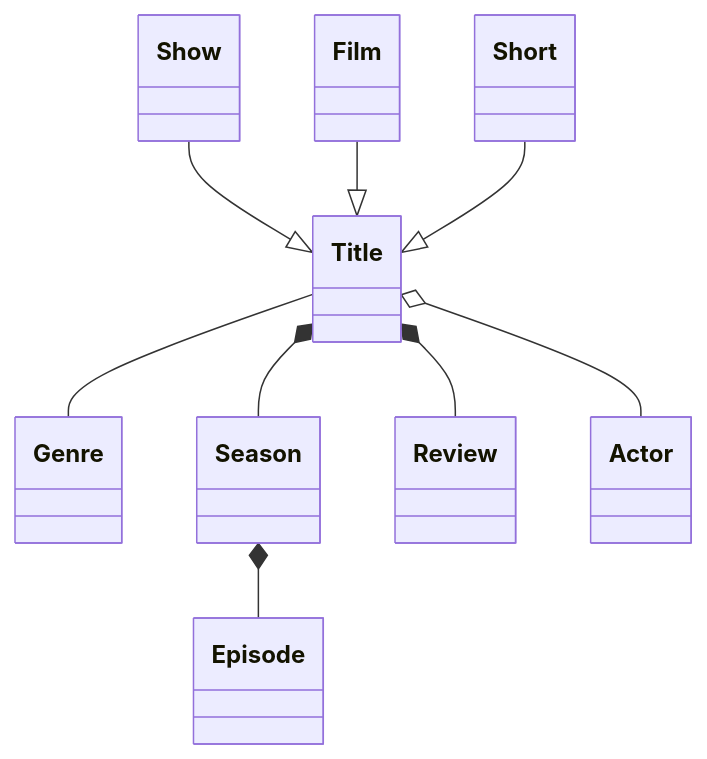
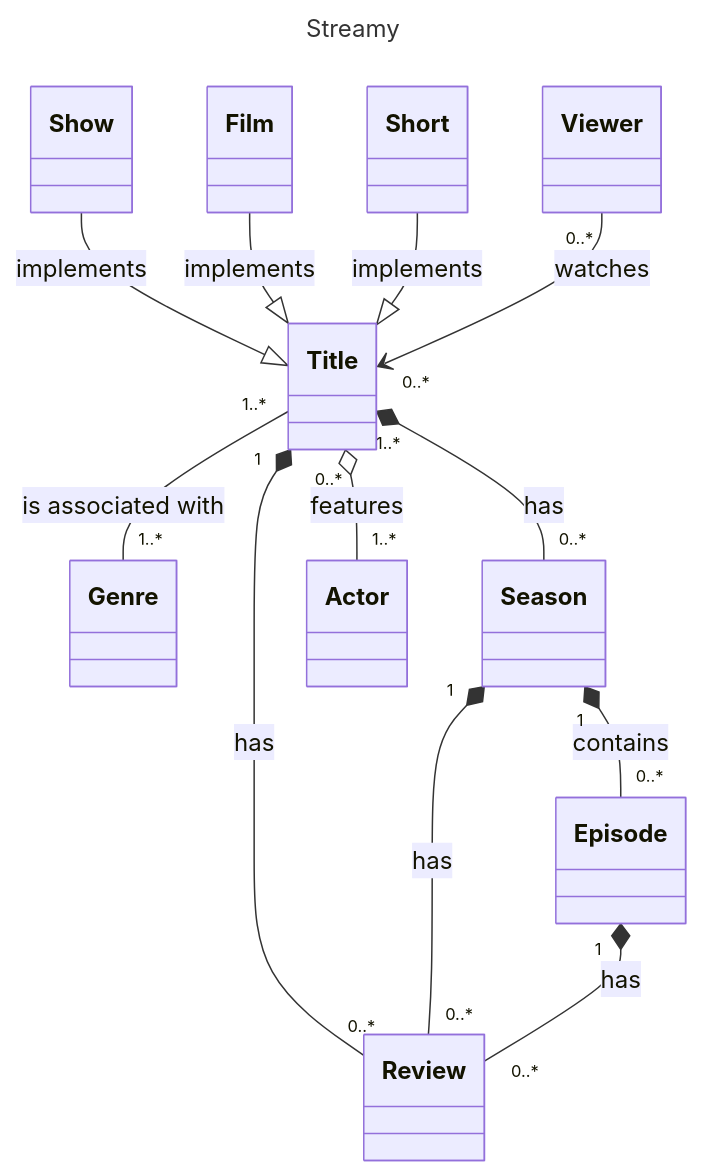
One commit to Sophon/BE-Notes changed the diagram in preview.mmd. Above: the diagram before and after it, drawn with Mermaid. The commit also changed 2 other files, not shown here.

Commit message:
mermaid: domain advanced

```diff
--- a/preview.mmd
+++ b/preview.mmd
@@ -1,11 +1,20 @@
+---
+title: Streamy
+---
 classDiagram
-    Title -- Genre
-    Title *-- Season
-    Title *-- Review
-    Title o-- Actor
+    Title "1..*" -- "1..*" Genre: is associated with
+    Title "1..*" *-- "0..*" Season: has
+    Title "1" *-- "0..*" Review: has
+    Title "0..*" o-- "1..*" Actor: features
 
-    Show --|> Title
-    Film --|> Title
-    Short --|> Title
+    Show --|> Title: implements
+    Film --|> Title: implements
+    Short --|> Title: implements
+    link Show "https://www.netflix.com/cz-en/title/80234304" _blank
 
-    Season *-- Episode
+    Viewer "0..*" --> "0..*" Title: watches
+
+    Season "1" *-- "0..*" Episode: contains
+    Season "1" *-- "0..*" Review: has
+
+    Episode "1" *-- "0..*" Review: has
```
